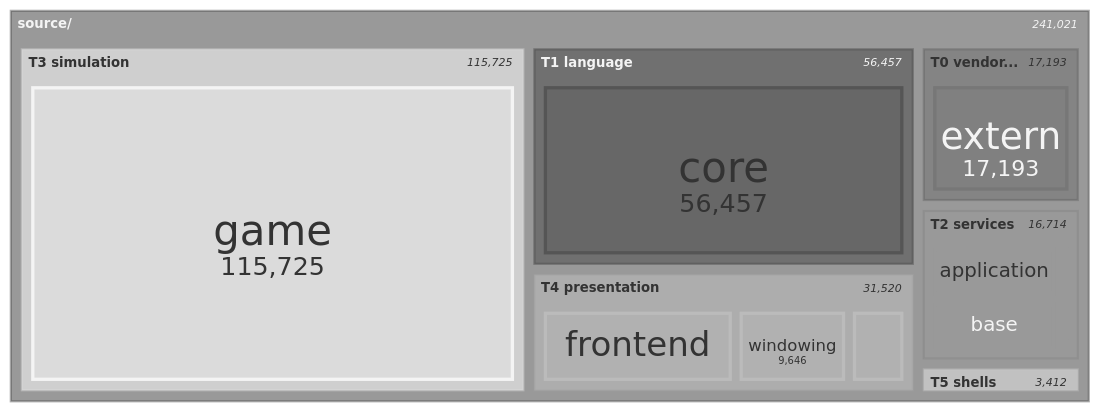
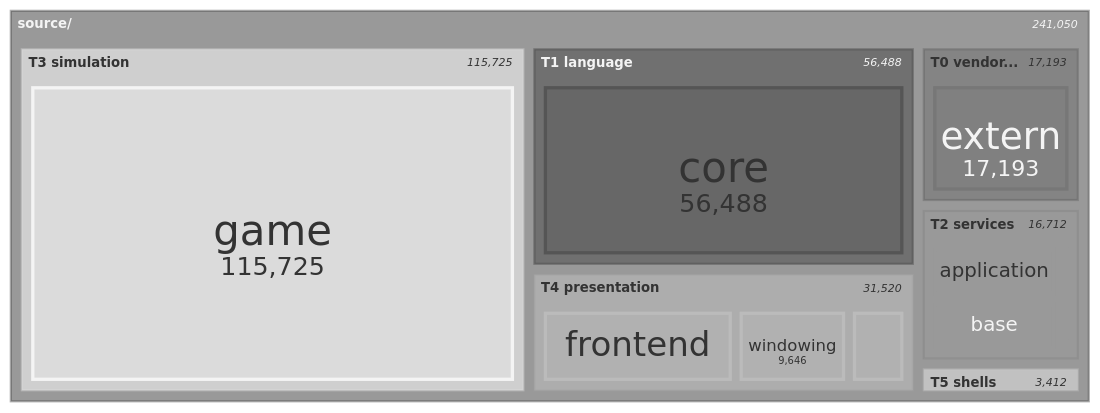
The seventh of 11 diagrams in docs/architecture/system-boundaries.md (apnex/OpenStarbound), drawn with Mermaid (neutral theme) before and after one commit. The commit also changed other lines of this file and 5 other files, not shown here.

````diff
--- a/docs/architecture/system-boundaries.md
+++ b/docs/architecture/system-boundaries.md
@@ -592,22 +592,22 @@
 ```mermaid
 treemap-beta
 "source/"
     "T0 vendored"
         "extern": 17193
     "T1 language"
-        "core": 56457
+        "core": 56488
     "T2 services"
         "application": 7677
         "base": 7472
-        "metrics": 1423
+        "metrics": 1421
         "platform": 142
     "T3 simulation"
         "game": 115725
     "T4 presentation"
         "frontend": 16866
         "windowing": 9646
         "rendering": 5008
     "T5 shells"
         "client": 2629
         "server": 783
 ```
````
